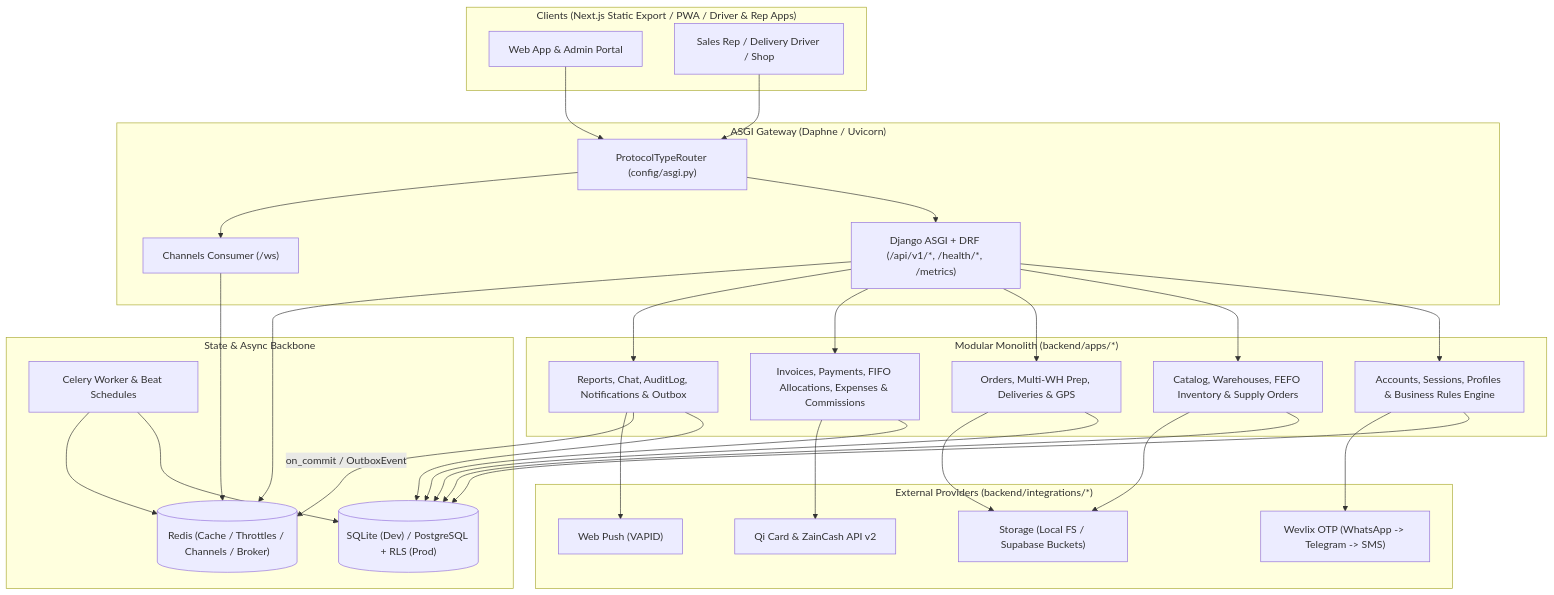
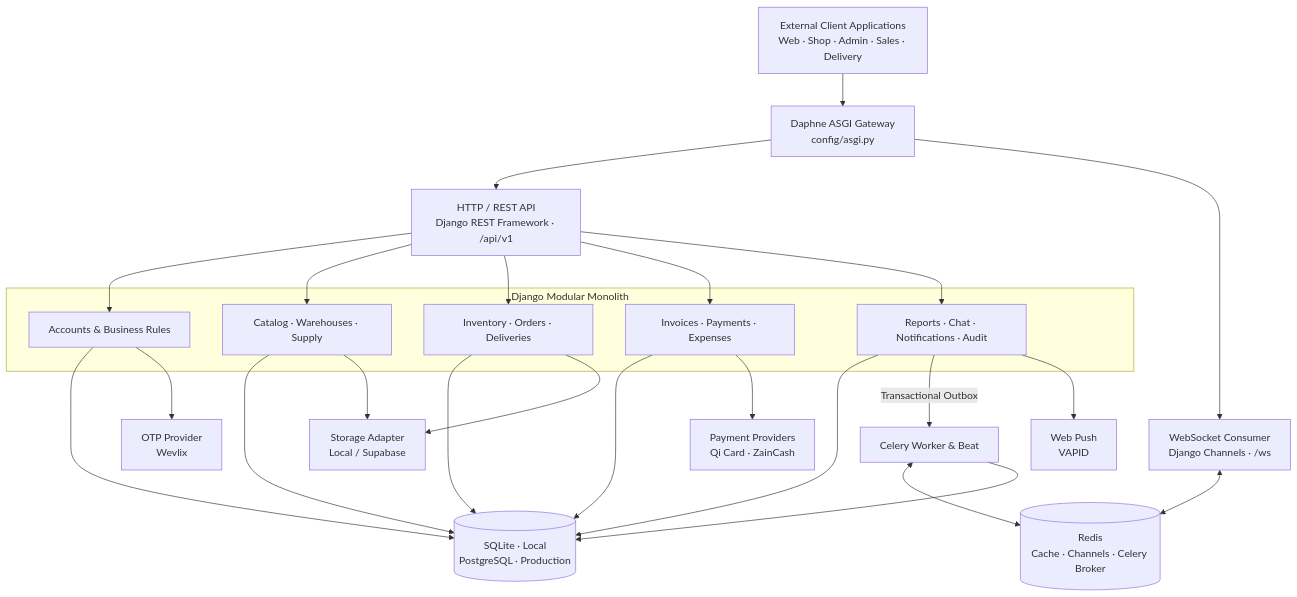
The first of 3 diagrams in README.md (team-1-aljadreyah/backend2), drawn with Mermaid before and after one commit. The commit also changed other lines of this file, not shown here.

````diff
--- a/README.md
+++ b/README.md
@@ -44,63 +171,52 @@
 ```mermaid
 flowchart TB
-    subgraph Clients["Clients (Next.js Static Export / PWA / Driver & Rep Apps)"]
-        WEB["Web App & Admin Portal"]
-        MOBILE["Sales Rep / Delivery Driver / Shop"]
+    CLIENTS["External Client Applications<br/>Web · Shop · Admin · Sales · Delivery"]
+    ASGI["Daphne ASGI Gateway<br/>config/asgi.py"]
+
+    REST["HTTP / REST API<br/>Django REST Framework · /api/v1"]
+    WS["WebSocket Consumer<br/>Django Channels · /ws"]
+
+    subgraph DOMAIN["Django Modular Monolith"]
+        ACC["Accounts & Business Rules"]
+        SUPPLY["Catalog · Warehouses · Supply"]
+        OPS["Inventory · Orders · Deliveries"]
+        FIN["Invoices · Payments · Expenses"]
+        ENGAGE["Reports · Chat · Notifications · Audit"]
     end
 
-    subgraph Edge["ASGI Gateway (Daphne / Uvicorn)"]
-        PTR["ProtocolTypeRouter (config/asgi.py)"]
-        HTTP["Django ASGI + DRF (/api/v1/*, /health/*, /metrics)"]
-        WSC["Channels Consumer (/ws)"]
-    end
+    DB[("SQLite · Local<br/>PostgreSQL · Production")]
+    REDIS[("Redis<br/>Cache · Channels · Celery Broker")]
+    CELERY["Celery Worker & Beat"]
 
-    subgraph Core["Modular Monolith (backend/apps/*)"]
-        AUTH["Accounts, Sessions, Profiles & Business Rules Engine"]
-        INV["Catalog, Warehouses, FEFO Inventory & Supply Orders"]
-        ORD["Orders, Multi-WH Prep, Deliveries & GPS"]
-        FIN["Invoices, Payments, FIFO Allocations, Expenses & Commissions"]
-        OBS["Reports, Chat, AuditLog, Notifications & Outbox"]
-    end
+    STORAGE["Storage Adapter<br/>Local / Supabase"]
+    PAYMENTS["Payment Providers<br/>Qi Card · ZainCash"]
+    OTP["OTP Provider<br/>Wevlix"]
+    PUSH["Web Push<br/>VAPID"]
 
-    subgraph Data["State & Async Backbone"]
-        DB[("SQLite (Dev) / PostgreSQL + RLS (Prod)")]
-        REDIS[("Redis (Cache / Throttles / Channels / Broker)")]
-        CELERY["Celery Worker & Beat Schedules"]
-    end
+    CLIENTS --> ASGI
+    ASGI --> REST
+    ASGI --> WS
 
-    subgraph Ext["External Providers (backend/integrations/*)"]
-        STOR["Storage (Local FS / Supabase Buckets)"]
-        PAY["Qi Card & ZainCash API v2"]
-        OTP["Wevlix OTP (WhatsApp -> Telegram -> SMS)"]
-        PUSH["Web Push (VAPID)"]
-    end
+    REST --> ACC
+    REST --> SUPPLY
+    REST --> OPS
+    REST --> FIN
+    REST --> ENGAGE
 
-    WEB --> PTR
-    MOBILE --> PTR
-    PTR --> HTTP
-    PTR --> WSC
+    ACC --> DB
+    SUPPLY --> DB
+    OPS --> DB
+    FIN --> DB
+    ENGAGE --> DB
 
-    HTTP --> AUTH
-    HTTP --> INV
-    HTTP --> ORD
-    HTTP --> FIN
-    HTTP --> OBS
+    WS <--> REDIS
+    ENGAGE -->|"Transactional Outbox"| CELERY
+    CELERY <--> REDIS
+    CELERY --> DB
 
-    AUTH --> DB
-    INV --> DB
-    ORD --> DB
-    FIN --> DB
-    OBS --> DB
-
-    HTTP --> REDIS
-    WSC --> REDIS
-    OBS -->|"on_commit / OutboxEvent"| REDIS
-    CELERY --> DB
-    CELERY --> REDIS
-
-    ORD --> STOR
-    INV --> STOR
-    FIN --> PAY
-    AUTH --> OTP
-    OBS --> PUSH
+    OPS --> STORAGE
+    SUPPLY --> STORAGE
+    FIN --> PAYMENTS
+    ACC --> OTP
+    ENGAGE --> PUSH
 ```
````
